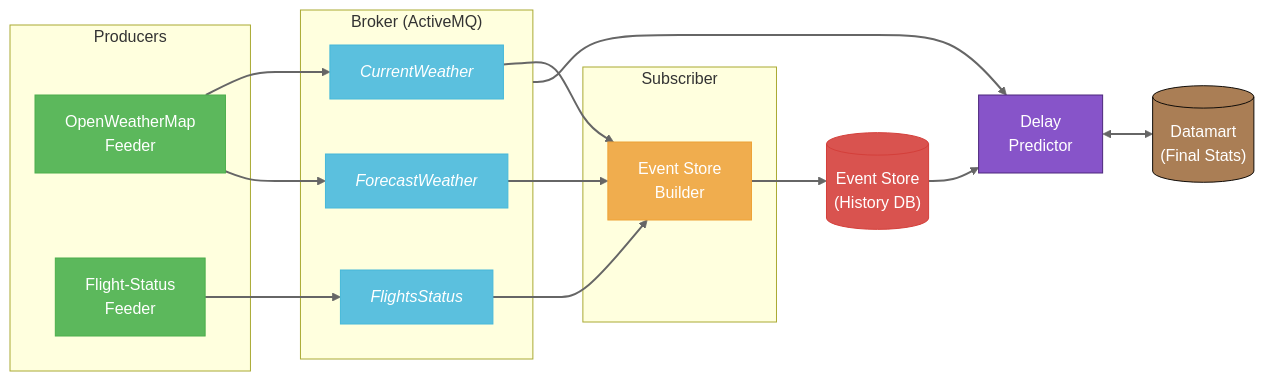
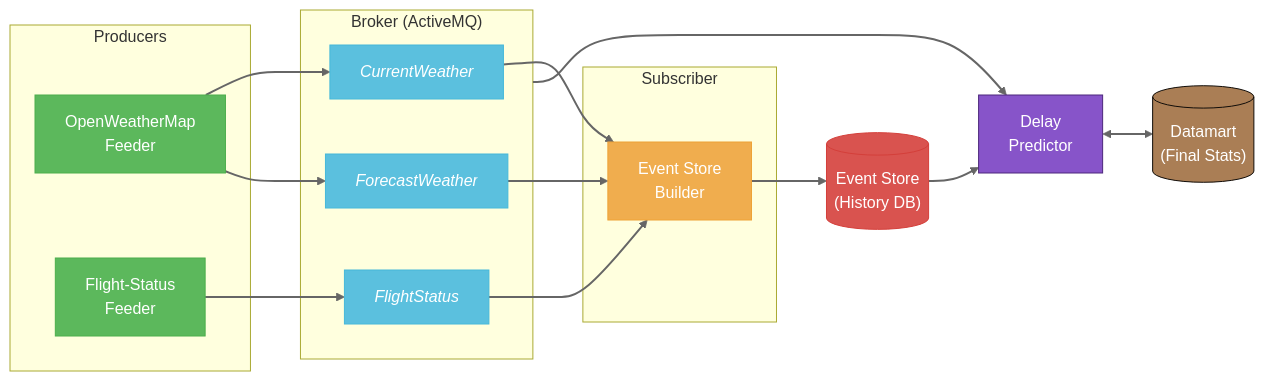
The first of 2 diagrams in readme.md (NoVibesJustCode/sky-delay-forecast), drawn with Mermaid before and after one commit. The commit also changed other lines of this file, not shown here.

````diff
--- a/readme.md
+++ b/readme.md
@@ -20,47 +20,47 @@
 ```mermaid
 flowchart LR
     classDef producer fill:#5cb85c,stroke:#4cae4c,color:white,stroke-width:1px
     classDef broker fill:#428bca,stroke:#357ebd,color:white,stroke-width:1px
     classDef queue fill:#5bc0de,stroke:#46b8da,color:white,stroke-width:1px,font-style:italic
     classDef subscriber fill:#f0ad4e,stroke:#eea236,color:white,stroke-width:1px
     classDef storage fill:#d9534f,stroke:#d43f3a,color:white,stroke-width:1px
     classDef Predictor fill:#8754C9,stroke:#4C277C,color:white,stroke-width:1px
     classDef Datamart fill:#AA7E55,stroke:#110D09,color:white,stroke-width:1px
 
     subgraph Producers
         weather["OpenWeatherMap<br/>Feeder"]:::producer
         flights["Flight-Status<br/>Feeder"]:::producer
     end
     
     subgraph ActiveMQ["Broker (ActiveMQ)"]
         temp["CurrentWeather"]:::queue
         forecast["ForecastWeather"]:::queue
-        f_status["FlightsStatus"]:::queue
+        f_status["FlightStatus"]:::queue
     end
     
     subgraph Subscriber
         esBuilder["Event Store<br/>Builder"]:::subscriber
     end
     
     eventStore[("Event Store<br/>(History DB)")]:::storage
     
     delayPredictor["Delay<br/>Predictor"]:::Predictor
     dataMart[("Datamart<br/>(Final Stats)")]:::Datamart
     
     weather --> temp
     weather --> forecast
     flights --> f_status
     
     temp --> esBuilder
     forecast --> esBuilder
     f_status --> esBuilder
     
     esBuilder --> eventStore
     eventStore --> delayPredictor
     
     delayPredictor <--> dataMart
     
     ActiveMQ --> delayPredictor
     
     linkStyle default stroke:#666,stroke-width:2px;
 ```
````
